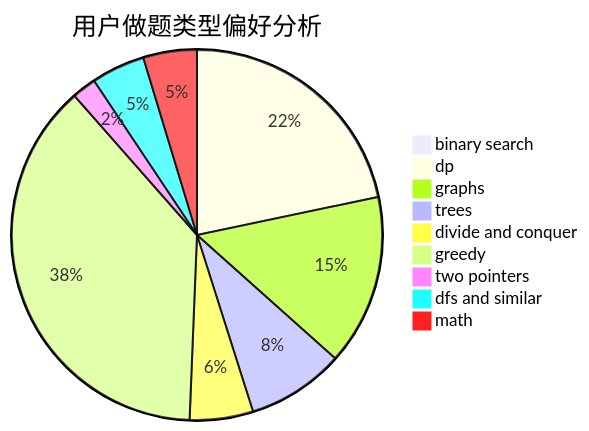
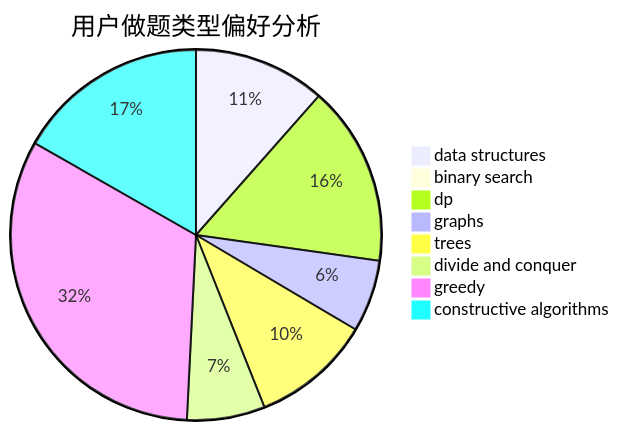
One commit to sherpahu/cfrs.github.io changed the second of 3 diagrams in docs/user/u2693.md. Above: the diagram before and after it, drawn with Mermaid. The commit also changed other lines of this file and 2775 other files, not shown here.

````diff
--- a/docs/user/u2693.md
+++ b/docs/user/u2693.md
@@ -23,12 +23,11 @@
 ```mermaid
 pie title 用户做题类型偏好分析
+    "data structures" :  22
     "binary search" :  1
-    "dp" :  51
-    "graphs" :  35
+    "dp" :  30
+    "graphs" :  12
     "trees" :  20
     "divide and conquer" :  13
-    "greedy" :  89
-    "two pointers" :  5
-    "dfs and similar" :  11
-    "math" :  11
+    "greedy" :  62
+    "constructive algorithms" :  32
 ```
````
